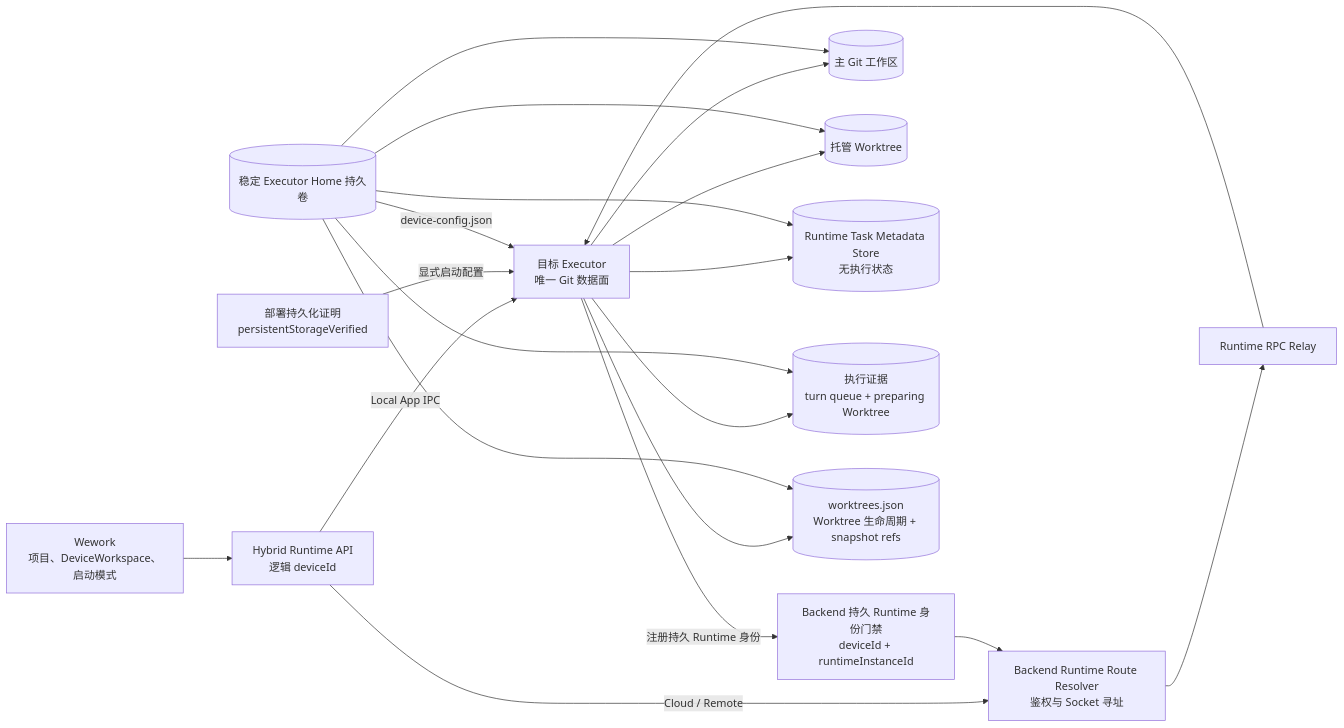
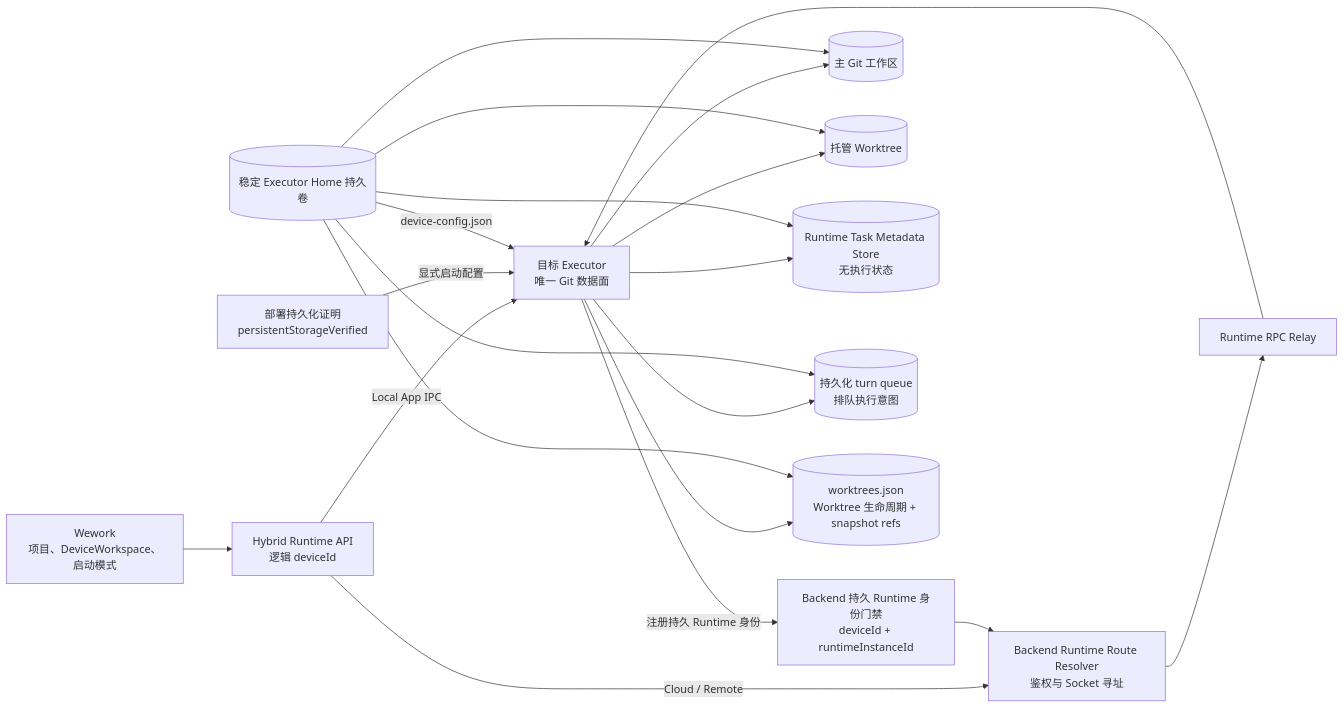
The first of 4 diagrams in docs/zh/architecture/git-worktree-execution.md (wecode-ai/Wegent), drawn with Mermaid before and after one commit. The commit also changed 2 other files, not shown here.

Commit message:
fix(executor): preserve legacy archive metadata

````diff
--- a/docs/zh/architecture/git-worktree-execution.md
+++ b/docs/zh/architecture/git-worktree-execution.md
@@ -9,36 +9,36 @@
 ```mermaid
 flowchart LR
     UI[Wework<br/>项目、DeviceWorkspace、启动模式]
     HYBRID[Hybrid Runtime API<br/>逻辑 deviceId]
     IDENTITY[Backend 持久 Runtime 身份门禁<br/>deviceId + runtimeInstanceId]
     ROUTE[Backend Runtime Route Resolver<br/>鉴权与 Socket 寻址]
     RPC[Runtime RPC Relay]
     EXECUTOR[目标 Executor<br/>唯一 Git 数据面]
     REPO[(主 Git 工作区)]
     WORKTREE[(托管 Worktree)]
     STATE[(Runtime Task Metadata Store<br/>无执行状态)]
-    EXECUTION[(执行证据<br/>turn queue + preparing Worktree)]
+    EXECUTION[(持久化 turn queue<br/>排队执行意图)]
     WORKTREE_STATE[(worktrees.json<br/>Worktree 生命周期 + snapshot refs)]
     VOLUME[(稳定 Executor Home 持久卷)]
     ATTEST[部署持久化证明<br/>persistentStorageVerified]
 
     UI --> HYBRID
     HYBRID -->|Local App IPC| EXECUTOR
     HYBRID -->|Cloud / Remote| ROUTE
     EXECUTOR -->|注册持久 Runtime 身份| IDENTITY
     IDENTITY --> ROUTE
     ROUTE --> RPC
     RPC --> EXECUTOR
     EXECUTOR --> REPO
     EXECUTOR --> WORKTREE
     EXECUTOR --> STATE
     EXECUTOR --> EXECUTION
     EXECUTOR --> WORKTREE_STATE
     ATTEST -->|显式启动配置| EXECUTOR
     VOLUME --> REPO
     VOLUME --> WORKTREE
     VOLUME --> STATE
     VOLUME --> EXECUTION
     VOLUME --> WORKTREE_STATE
     VOLUME -->|device-config.json| EXECUTOR
 ```
````
